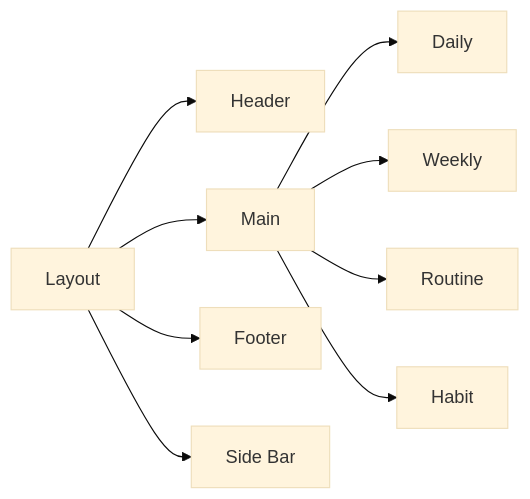
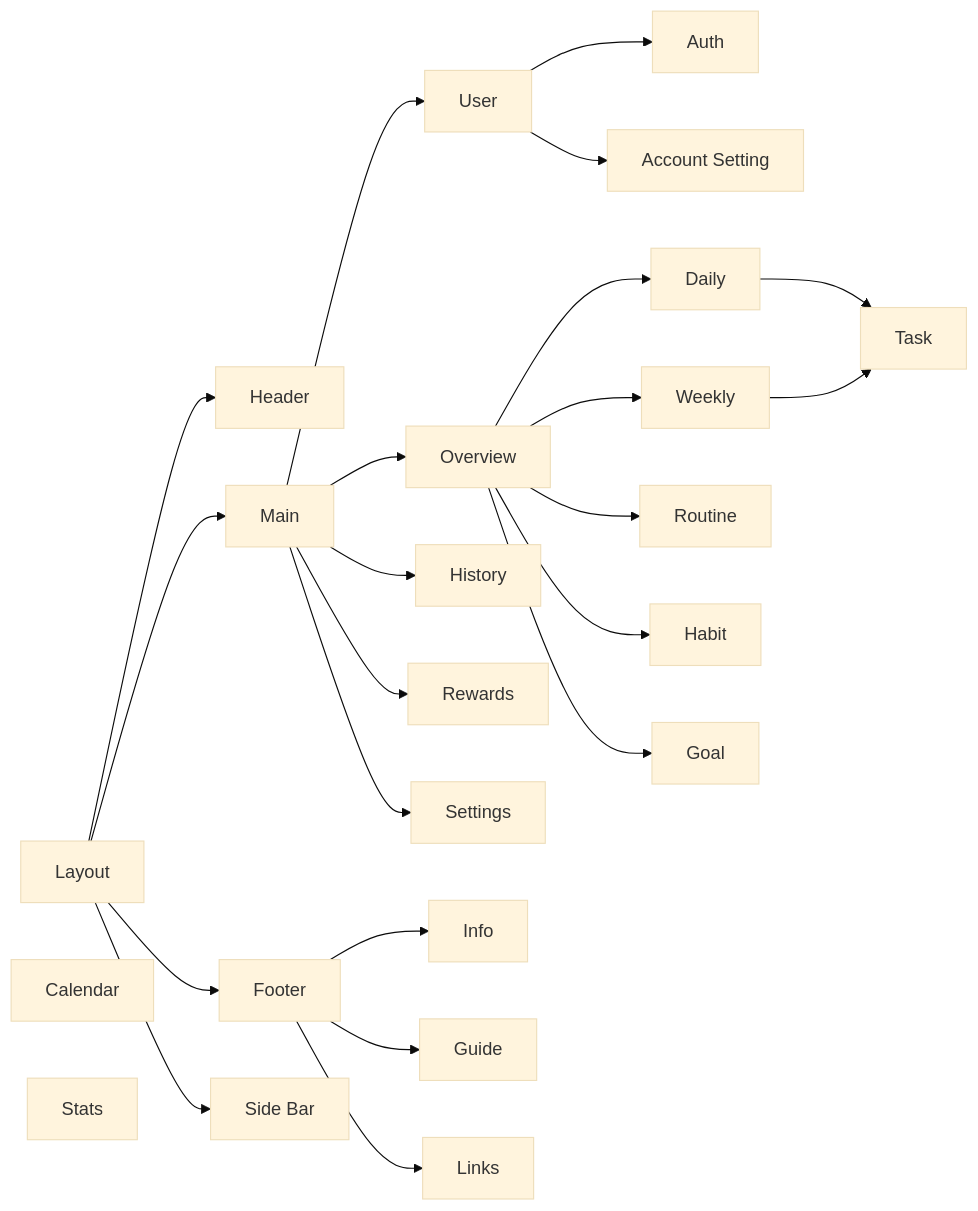
One commit to MattisZheng/sisyphus_stone changed the second of 3 diagrams in README.md. Above: the diagram before and after it, drawn with Mermaid (base theme). The commit also changed other lines of this file and 1 other file, not shown here.

````diff
--- a/README.md
+++ b/README.md
@@ -44,16 +46,34 @@
 ```mermaid
 flowchart LR
-
-  layout[Layout]
+layout[Layout]
   header[Header]
   main[Main]
-    daily[Daily]
-    weekly[Weekly]
-    routine[Routine]
-    habit[Habit]
+    user[User]
+      auth[Auth]
+      account_setting[Account Setting]
+    overview[Overview]
+      daily[Daily]
+      weekly[Weekly]
+        task[Task]
+      routine[Routine]
+      habit[Habit]
+      goal[Goal]
+    history[History]
+      calendar[Calendar]
+      stats[Stats]
+    rewards[Rewards]
+    settings[Settings]
   footer[Footer]
+    info[Info]
+    guide[Guide]
+    links[Links]
   sidebar[Side Bar]
 
   layout --> header & main & footer & sidebar
-  main --> daily & weekly & routine & habit
+    header
+    main --> user & overview & history & rewards & settings
+      user --> auth & account_setting
+      overview --> daily & weekly & routine & habit & goal
+        daily & weekly --> task
+    footer --> info & guide & links
 ```
````
